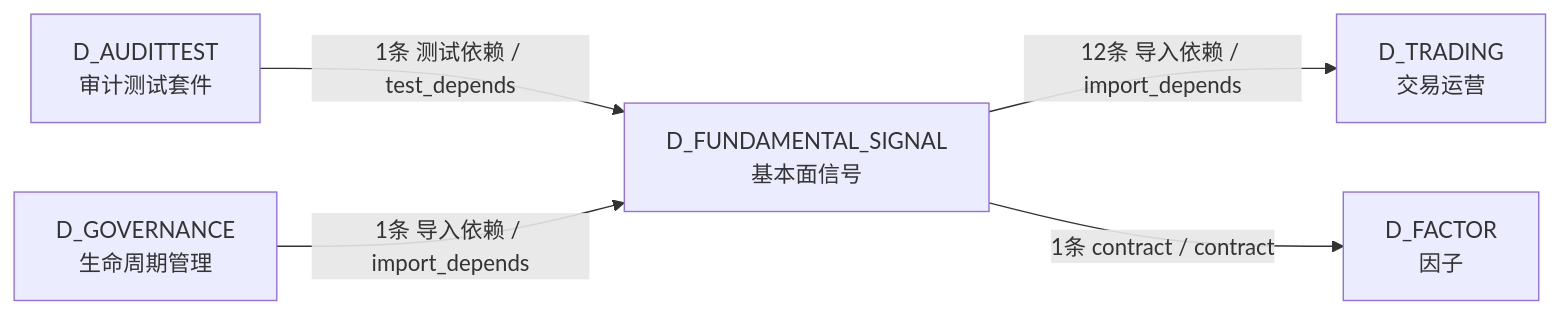
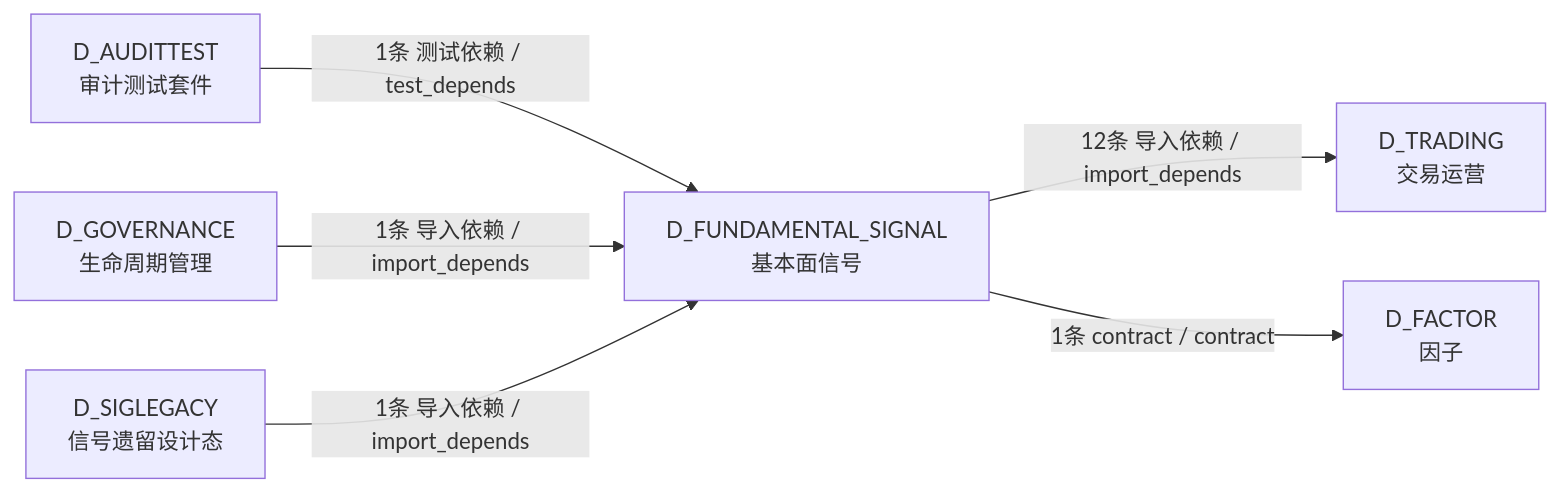
Before and after one commit to xuanFelixVan/ZephyrAlpha: the fourth of 4 diagrams in docs/02_enterprise_architecture/02_domain_architecture_docs/35_d_fundamental_signal.md, drawn with Mermaid. The commit also changed other lines of this file and 112 other files, not shown here.

````diff
--- a/docs/02_enterprise_architecture/02_domain_architecture_docs/35_d_fundamental_signal.md
+++ b/docs/02_enterprise_architecture/02_domain_architecture_docs/35_d_fundamental_signal.md
@@ -288,12 +293,14 @@
 ```mermaid
 graph LR
     D_FUNDAMENTAL_SIGNAL["D_FUNDAMENTAL_SIGNAL<br/>基本面信号"]
     D_TRADING["D_TRADING<br/>交易运营"]
     D_FACTOR["D_FACTOR<br/>因子"]
     D_AUDITTEST["D_AUDITTEST<br/>审计测试套件"]
     D_GOVERNANCE["D_GOVERNANCE<br/>生命周期管理"]
+    D_SIGLEGACY["D_SIGLEGACY<br/>信号遗留设计态"]
     D_FUNDAMENTAL_SIGNAL -->|12条 导入依赖 / import_depends| D_TRADING
     D_FUNDAMENTAL_SIGNAL -->|1条 contract / contract| D_FACTOR
     D_AUDITTEST -->|1条 测试依赖 / test_depends| D_FUNDAMENTAL_SIGNAL
     D_GOVERNANCE -->|1条 导入依赖 / import_depends| D_FUNDAMENTAL_SIGNAL
+    D_SIGLEGACY -->|1条 导入依赖 / import_depends| D_FUNDAMENTAL_SIGNAL
 ```
````
